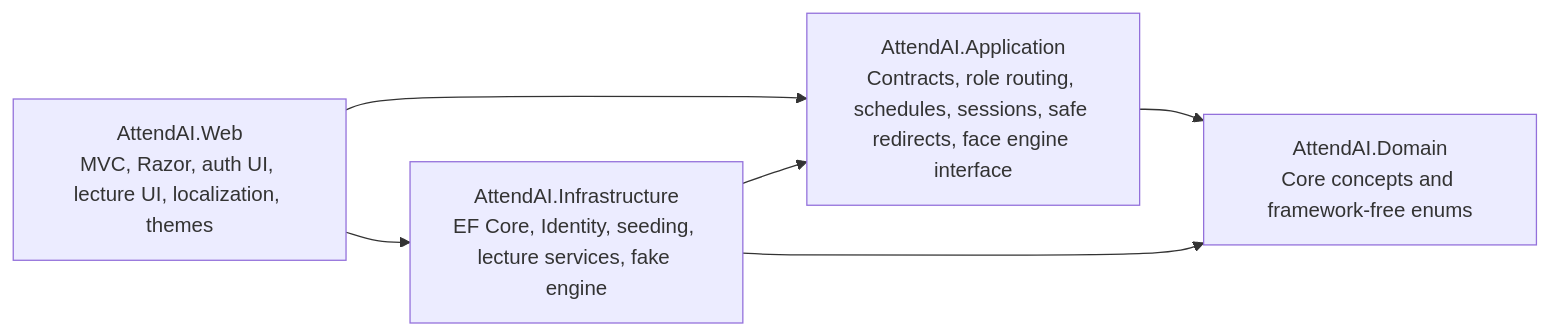
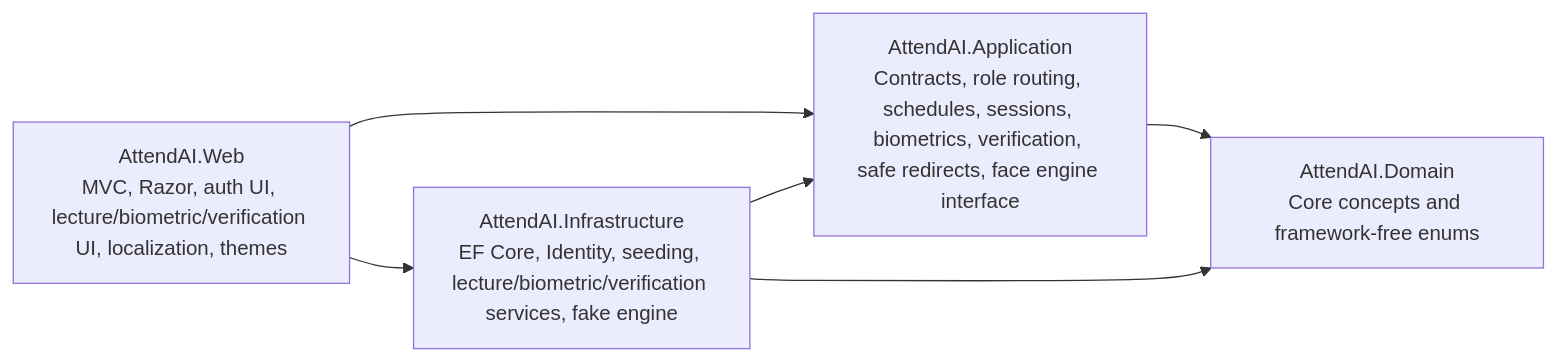
The first of 6 diagrams in docs/02-System-Architecture.md (YazAj/SmartAtt), drawn with Mermaid before and after one commit. The commit also changed other lines of this file and 69 other files, not shown here.

Commit message:
feat(sprint-5): implement one-to-one face verification foundation

````diff
--- a/docs/02-System-Architecture.md
+++ b/docs/02-System-Architecture.md
@@ -5,8 +5,8 @@
 ```mermaid
 flowchart LR
-    Web["AttendAI.Web\nMVC, Razor, auth UI, lecture UI, localization, themes"] --> Application["AttendAI.Application\nContracts, role routing, schedules, sessions, safe redirects, face engine interface"]
-    Web --> Infrastructure["AttendAI.Infrastructure\nEF Core, Identity, seeding, lecture services, fake engine"]
+    Web["AttendAI.Web\nMVC, Razor, auth UI, lecture/biometric/verification UI, localization, themes"] --> Application["AttendAI.Application\nContracts, role routing, schedules, sessions, biometrics, verification, safe redirects, face engine interface"]
+    Web --> Infrastructure["AttendAI.Infrastructure\nEF Core, Identity, seeding, lecture/biometric/verification services, fake engine"]
     Infrastructure --> Application
     Infrastructure --> Domain["AttendAI.Domain\nCore concepts and framework-free enums"]
     Application --> Domain
 ```
````
